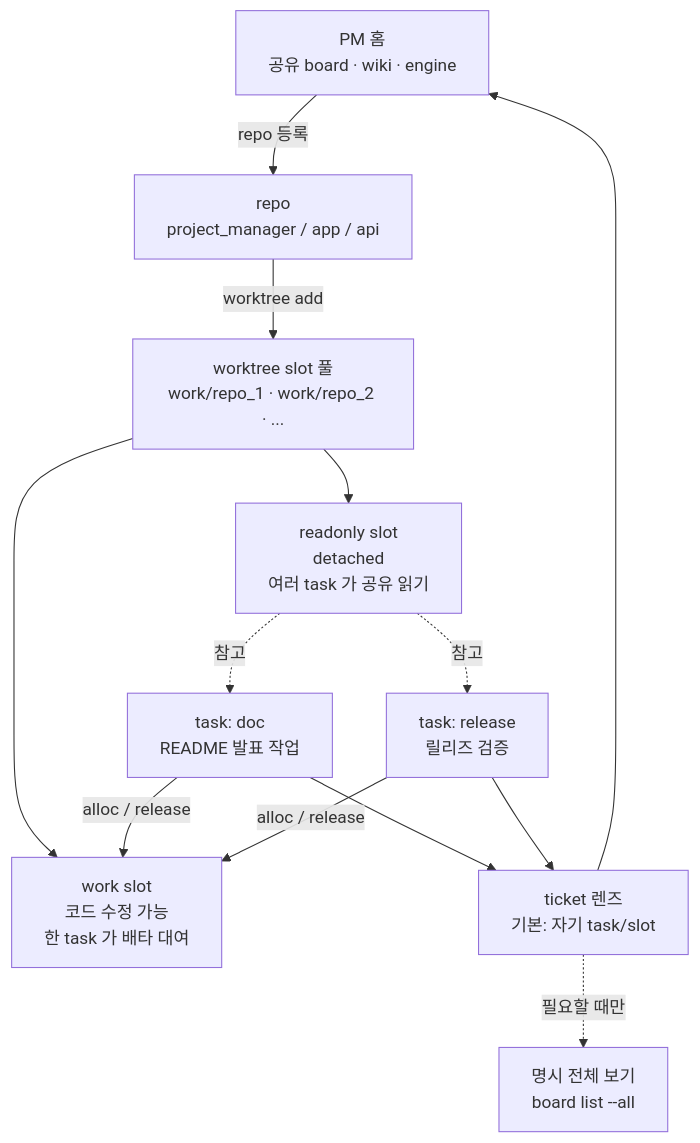
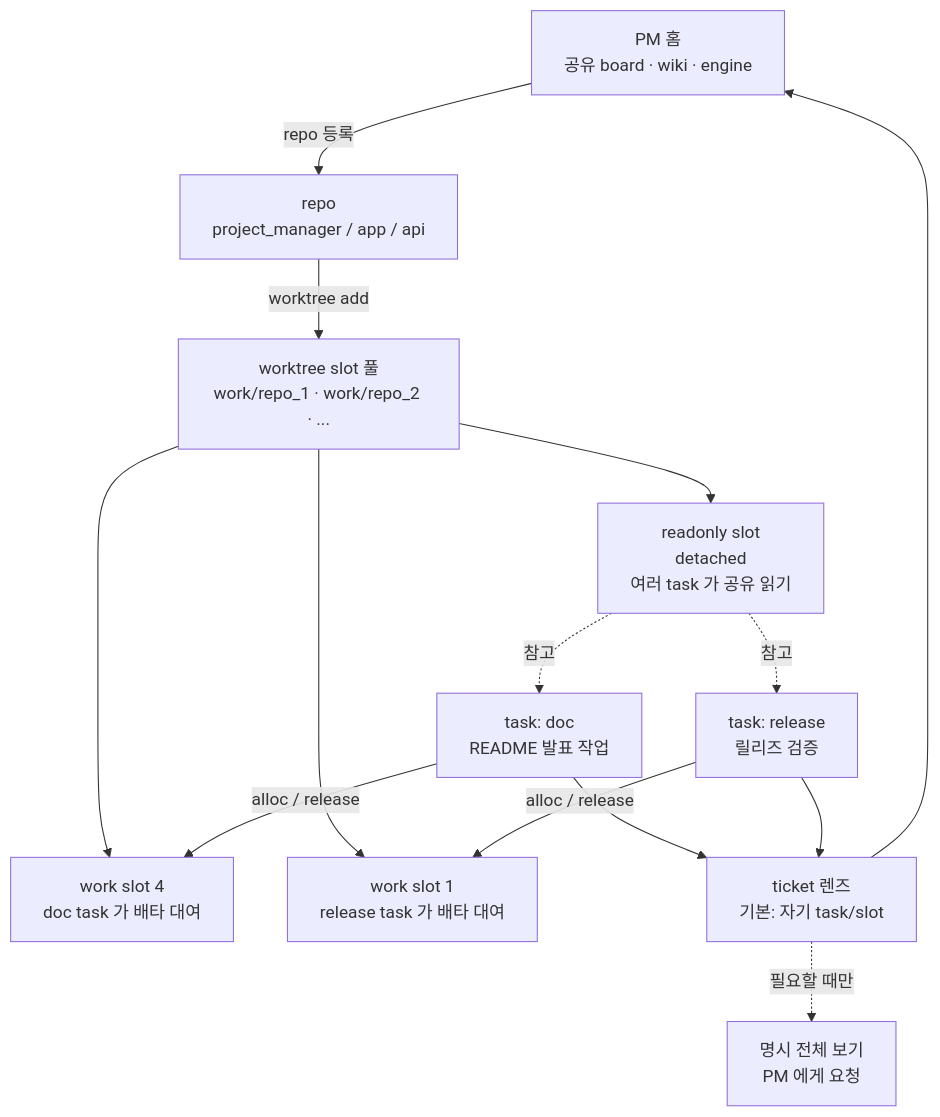
One commit to sumin-ahn/project_manager changed the ninth of 12 diagrams in README.md. Above: the diagram before and after it, drawn with Mermaid. The commit also changed other lines of this file, not shown here.

````diff
--- a/README.md
+++ b/README.md
@@ -395,25 +303,27 @@
 ```mermaid
 flowchart TB
     Home["PM 홈<br/>공유 board · wiki · engine"]
     Repo["repo<br/>project_manager / app / api"]
     Pool["worktree slot 풀<br/>work/repo_1 · work/repo_2 · ..."]
-    SlotWork["work slot<br/>코드 수정 가능<br/>한 task 가 배타 대여"]
+    SlotDoc["work slot 4<br/>doc task 가 배타 대여"]
+    SlotRelease["work slot 1<br/>release task 가 배타 대여"]
     SlotRead["readonly slot<br/>detached<br/>여러 task 가 공유 읽기"]
     TaskA["task: doc<br/>README 발표 작업"]
     TaskB["task: release<br/>릴리즈 검증"]
     BoardView["ticket 렌즈<br/>기본: 자기 task/slot"]
-    AllView["명시 전체 보기<br/>board list --all"]
+    AllView["명시 전체 보기<br/>PM 에게 요청"]
 
     Home -->|repo 등록| Repo
     Repo -->|worktree add| Pool
-    Pool --> SlotWork
+    Pool --> SlotDoc
+    Pool --> SlotRelease
     Pool --> SlotRead
-    TaskA -->|alloc / release| SlotWork
-    TaskB -->|alloc / release| SlotWork
+    TaskA -->|alloc / release| SlotDoc
+    TaskB -->|alloc / release| SlotRelease
     SlotRead -. 참고 .-> TaskA
     SlotRead -. 참고 .-> TaskB
     TaskA --> BoardView
     TaskB --> BoardView
     BoardView -. 필요할 때만 .-> AllView
     BoardView --> Home
 ```
````
